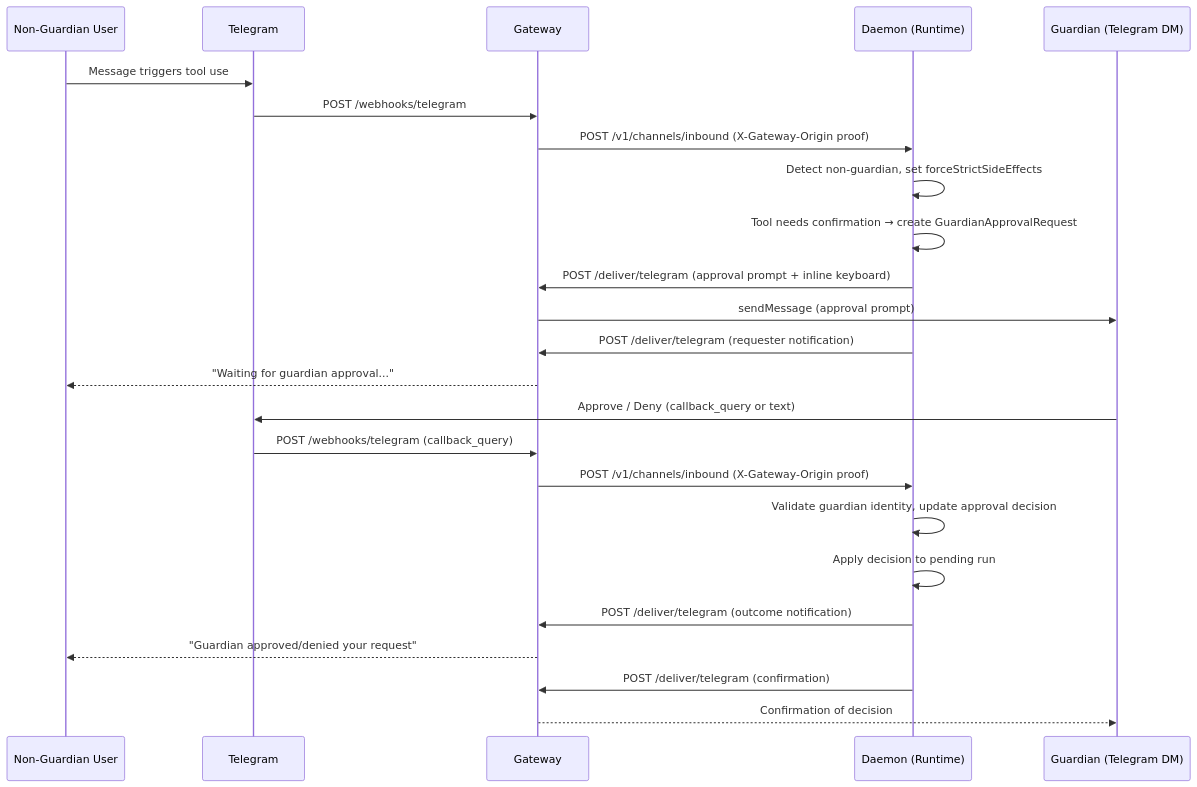
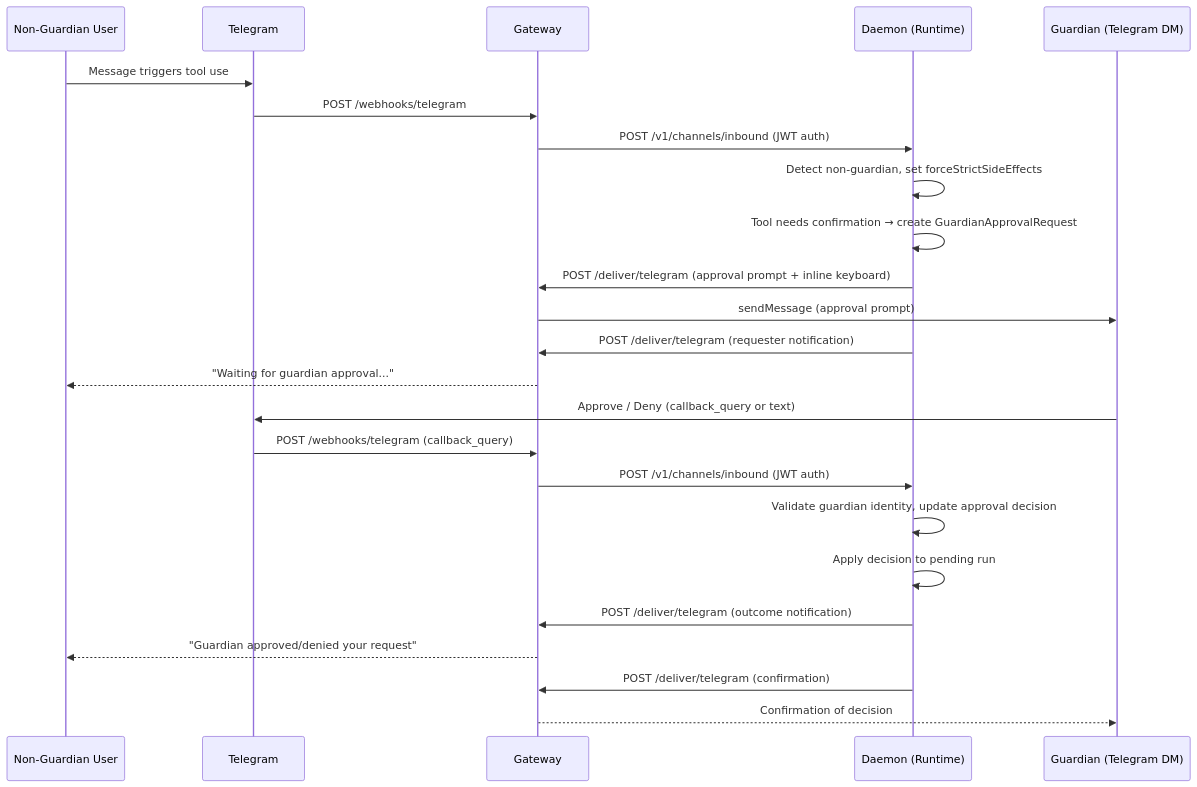
One commit to vellum-ai/vellum-assistant changed the third of 7 diagrams in gateway/ARCHITECTURE.md. Above: the diagram before and after it, drawn with Mermaid. The commit also changed other lines of this file and 19 other files, not shown here.

First line of the commit message:
Remove stale X-Gateway-Origin tests, dead readHttpToken export, and update auth docs

````diff
--- a/gateway/ARCHITECTURE.md
+++ b/gateway/ARCHITECTURE.md
@@ -458,27 +458,27 @@
 ```mermaid
 sequenceDiagram
     participant NG as Non-Guardian User
     participant TG as Telegram
     participant GW as Gateway
     participant Daemon as Daemon (Runtime)
     participant Guardian as Guardian (Telegram DM)
 
     NG->>TG: Message triggers tool use
     TG->>GW: POST /webhooks/telegram
-    GW->>Daemon: POST /v1/channels/inbound (X-Gateway-Origin proof)
+    GW->>Daemon: POST /v1/channels/inbound (JWT auth)
     Daemon->>Daemon: Detect non-guardian, set forceStrictSideEffects
     Daemon->>Daemon: Tool needs confirmation → create GuardianApprovalRequest
     Daemon->>GW: POST /deliver/telegram (approval prompt + inline keyboard)
     GW->>Guardian: sendMessage (approval prompt)
     Daemon->>GW: POST /deliver/telegram (requester notification)
     GW-->>NG: "Waiting for guardian approval..."
     Guardian->>TG: Approve / Deny (callback_query or text)
     TG->>GW: POST /webhooks/telegram (callback_query)
-    GW->>Daemon: POST /v1/channels/inbound (X-Gateway-Origin proof)
+    GW->>Daemon: POST /v1/channels/inbound (JWT auth)
     Daemon->>Daemon: Validate guardian identity, update approval decision
     Daemon->>Daemon: Apply decision to pending run
     Daemon->>GW: POST /deliver/telegram (outcome notification)
     GW-->>NG: "Guardian approved/denied your request"
     Daemon->>GW: POST /deliver/telegram (confirmation)
     GW-->>Guardian: Confirmation of decision
 ```
````
